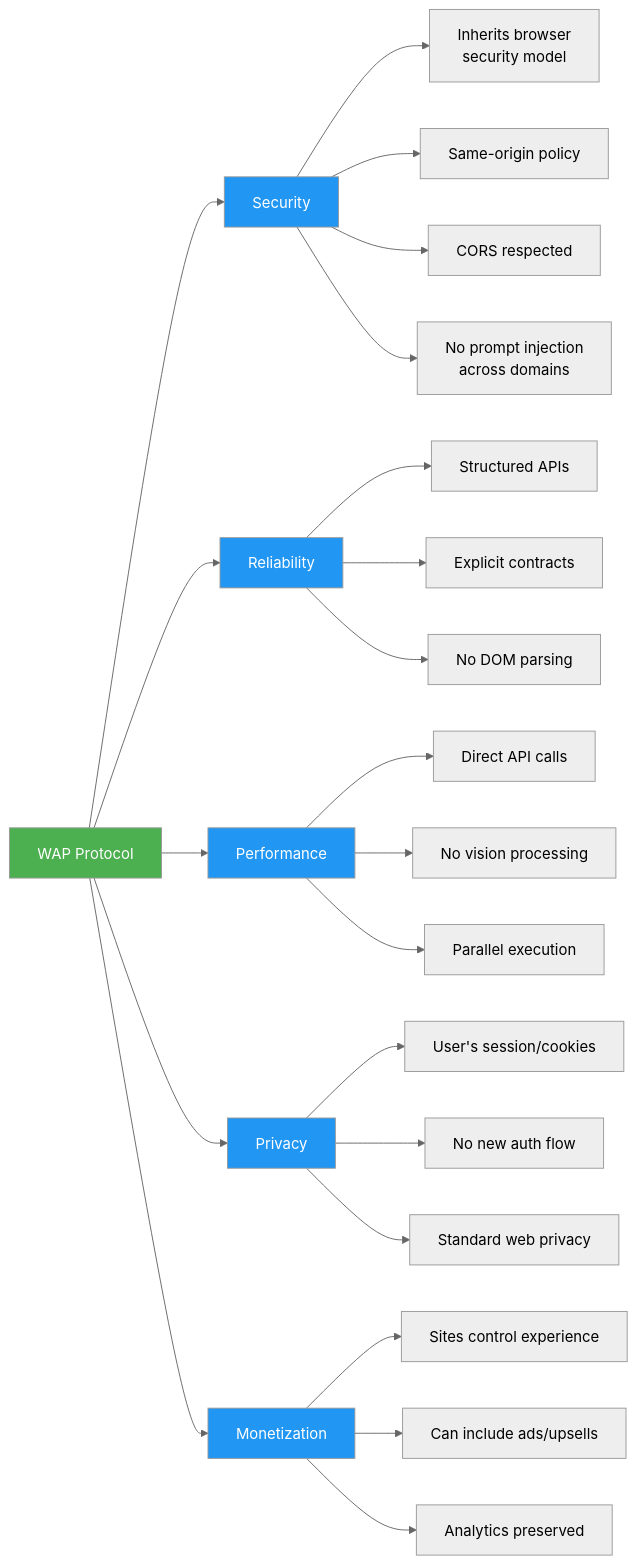
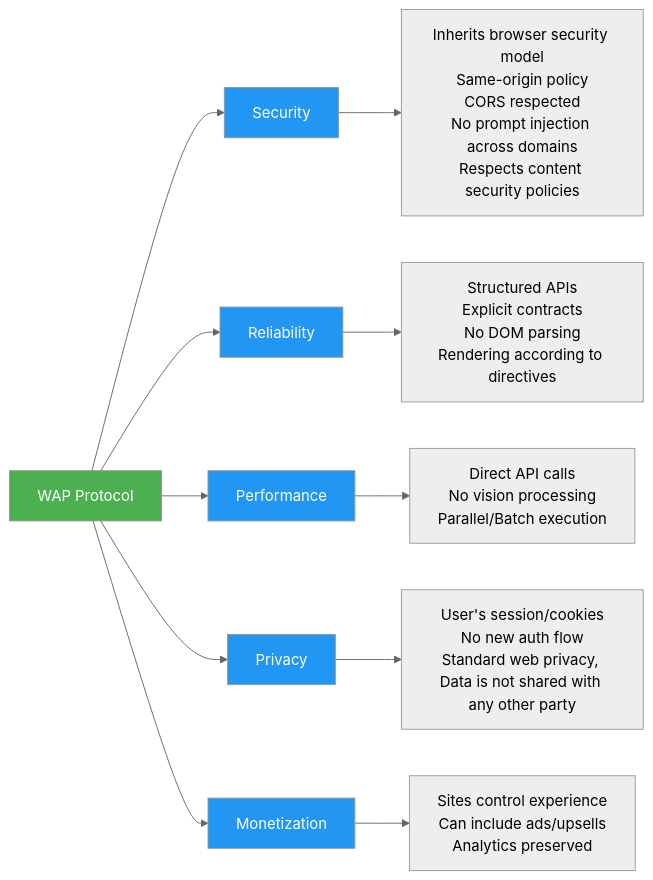
The second of 2 diagrams in v0/announcement.md (midearth-labs/web-agent-protocol), drawn with Mermaid (neutral theme) before and after one commit. The commit also changed other lines of this file and 2 other files, not shown here.

````diff
--- a/v0/announcement.md
+++ b/v0/announcement.md
@@ -213,36 +205,25 @@
 ```mermaid
 graph LR
     A[WAP Protocol] --> B[Security]
     A --> C[Reliability]
     A --> D[Performance]
     A --> E[Privacy]
     A --> F[Monetization]
     
-    B --> B1[Inherits browser<br/>security model]
-    B --> B2[Same-origin policy]
-    B --> B3[CORS respected]
-    B --> B4[No prompt injection<br/>across domains]
+    B --> B1[Inherits browser security model<br/>Same-origin policy<br/>CORS respected<br/>No prompt injection across domains<br/>Respects content security policies]
     
-    C --> C1[Structured APIs]
-    C --> C2[Explicit contracts]
-    C --> C3[No DOM parsing]
+    C --> C1[Structured APIs<br/>Explicit contracts<br/>No DOM parsing<br/>Rendering according to directives]
     
-    D --> D1[Direct API calls]
-    D --> D2[No vision processing]
-    D --> D3[Parallel execution]
+    D --> D1[Direct API calls<br/>No vision processing<br/>Parallel/Batch execution]
     
-    E --> E1[User's session/cookies]
-    E --> E2[No new auth flow]
-    E --> E3[Standard web privacy]
+    E --> E1[User's session/cookies<br/>No new auth flow<br/>Standard web privacy, Data is not shared with any other party]
     
-    F --> F1[Sites control experience]
-    F --> F2[Can include ads/upsells]
-    F --> F3[Analytics preserved]
+    F --> F1[Sites control experience<br/>Can include ads/upsells<br/>Analytics preserved]
     
     style A fill:#4CAF50,color:#fff
     style B fill:#2196F3,color:#fff
     style C fill:#2196F3,color:#fff
     style D fill:#2196F3,color:#fff
     style E fill:#2196F3,color:#fff
     style F fill:#2196F3,color:#fff
 ```
````
